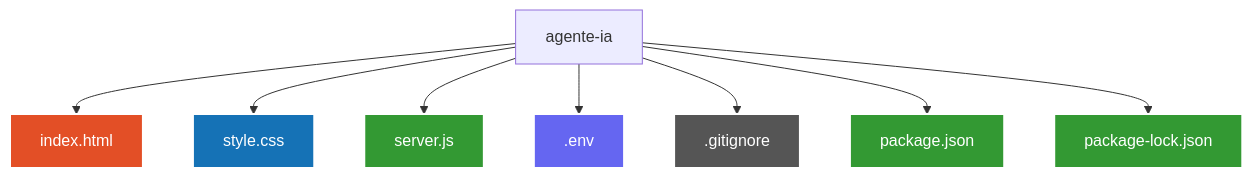
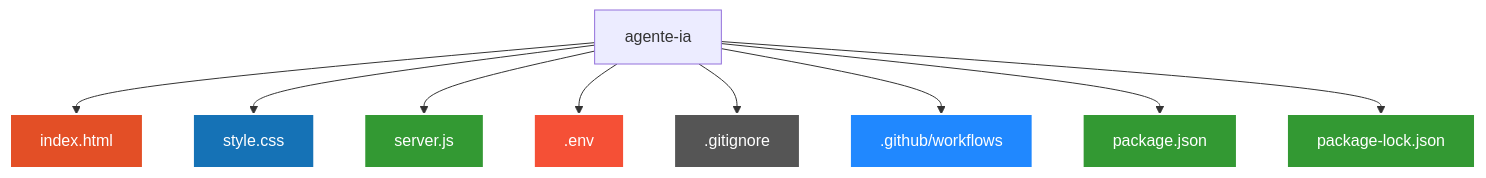
One commit to AliceSilva2012/agente-ia changed the diagram in README.md. Above: the diagram before and after it, drawn with Mermaid. The commit also changed other lines of this file, not shown here.

````diff
--- a/README.md
+++ b/README.md
@@ -90,18 +100,20 @@
 ```mermaid
 graph TD
     A[agente-ia] --> B[index.html]
     A --> C[style.css]
     A --> D[server.js]
     A --> E[.env]
     A --> F[.gitignore]
+    A --> G[.github/workflows]
     A --> H[package.json]
     A --> I[package-lock.json]
 
     style B fill:#e34f26,stroke:#fff,stroke-width:2px,color:#fff
     style C fill:#1572b6,stroke:#fff,stroke-width:2px,color:#fff
     style D fill:#339933,stroke:#fff,stroke-width:2px,color:#fff
-    style E fill:#6566f1,stroke:#fff,stroke-width:2px,color:#fff
+    style E fill:#f55036,stroke:#fff,stroke-width:2px,color:#fff
     style F fill:#555,stroke:#fff,stroke-width:2px,color:#fff
+    style G fill:#2088ff,stroke:#fff,stroke-width:2px,color:#fff
     style H fill:#339933,stroke:#fff,stroke-width:2px,color:#fff
     style I fill:#339933,stroke:#fff,stroke-width:2px,color:#fff
 ```
````
